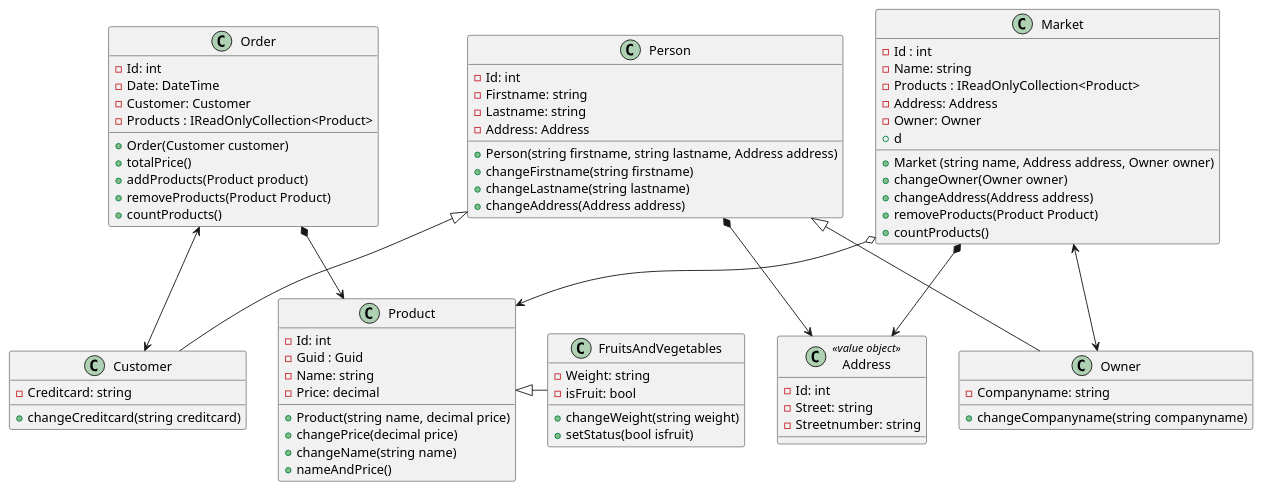
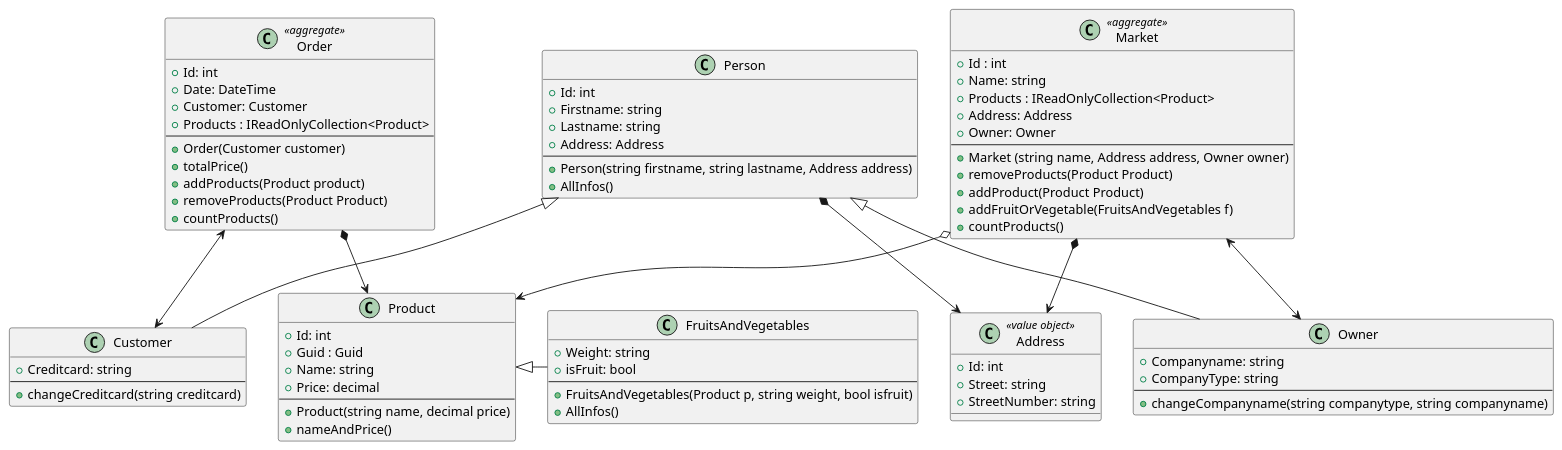
Before and after one commit to Nik22370/Fruitmarket: the diagram in Fruitmarket.puml, drawn with PlantUML. The commit also changed 2 other files, not shown here.

```diff
--- a/Fruitmarket.puml
+++ b/Fruitmarket.puml
@@ -1,81 +1,84 @@
 @startuml
-class Market
+class Market <<aggregate>>
 {
-- Id : int 
-- Name: string
-- Products : IReadOnlyCollection<Product>
-- Address: Address
-- Owner: Owner
++ Id : int 
++ Name: string
++ Products : IReadOnlyCollection<Product>
++ Address: Address
++ Owner: Owner
+---
 + Market (string name, Address address, Owner owner)
-+ changeOwner(Owner owner)
-+ changeAddress(Address address)
-+ d
 + removeProducts(Product Product)
++ addProduct(Product Product)
++ addFruitOrVegetable(FruitsAndVegetables f)
 + countProducts()
 }
 
 class Person{
-    - Id: int
-    - Firstname: string
-    - Lastname: string
-    - Address: Address
+    + Id: int
+    + Firstname: string
+    + Lastname: string
+    + Address: Address
+    ---
     + Person(string firstname, string lastname, Address address)
-    + changeFirstname(string firstname)
-    + changeLastname(string lastname)
-    + changeAddress(Address address)
+    + AllInfos()
 }
 
 class Customer{
-    - Creditcard: string
+    + Creditcard: string
+    ---
     + changeCreditcard(string creditcard)
 }
 class Owner{
-    - Companyname: string
-    + changeCompanyname(string companyname)
+    + Companyname: string
+    + CompanyType: string
+    ---
+    + changeCompanyname(string companytype, string companyname)
 }
 class Address <<value object>>{
-    - Id: int
-    - Street: string
-    - Streetnumber: string
+    + Id: int
+    + Street: string
+    + StreetNumber: string
     
 }
 class Product{
-    - Id: int
-    - Guid : Guid
-    - Name: string
-    - Price: decimal
+    + Id: int
+    + Guid : Guid
+    + Name: string
+    + Price: decimal
+    ---
     + Product(string name, decimal price)
-    + changePrice(decimal price)
-    + changeName(string name)
     + nameAndPrice()
 }
 class FruitsAndVegetables{
-    - Weight: string
-    - isFruit: bool
-    + changeWeight(string weight)
-    + setStatus(bool isfruit)
+    + Weight: string
+    + isFruit: bool
+    ---
+    + FruitsAndVegetables(Product p, string weight, bool isfruit)
+    + AllInfos()
 }
 
-class Order{
-    - Id: int
-    - Date: DateTime
-    - Customer: Customer
-    - Products : IReadOnlyCollection<Product>
+class Order <<aggregate>>{
+    + Id: int
+    + Date: DateTime
+    + Customer: Customer
+    + Products : IReadOnlyCollection<Product>
+    ---
     + Order(Customer customer)
     + totalPrice()
     + addProducts(Product product)
     + removeProducts(Product Product)
     + countProducts()
 }
 
 
 Owner -up-|> Person
 FruitsAndVegetables -up|> Product
 Customer -up-|> Person
 Market o--> Product
 Market <--> Owner
 Order <--> Customer
 Order *--> Product
 Person *--> Address
 Market *--> Address
 @enduml
```
